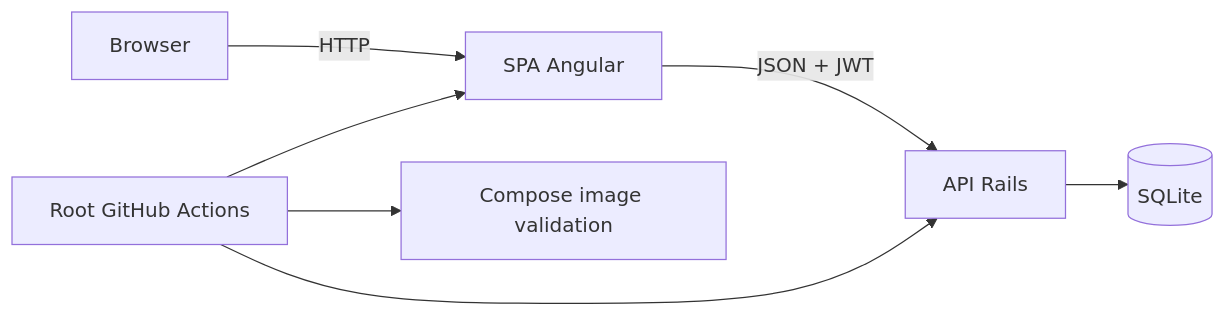
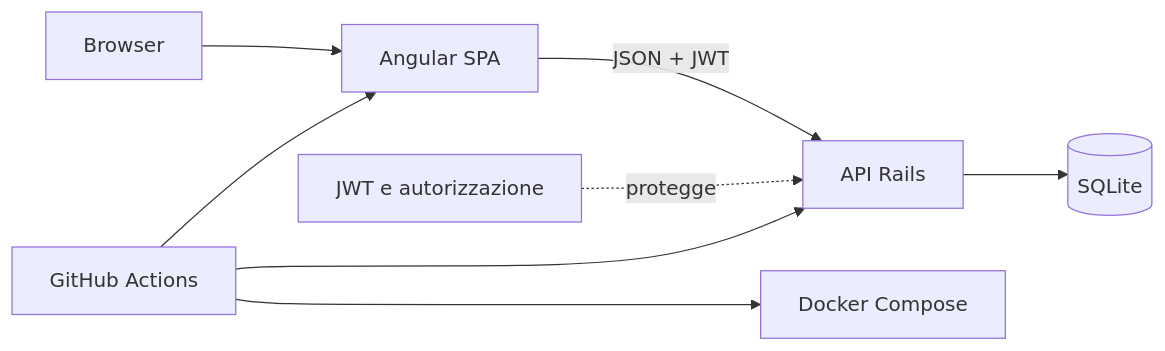
One commit to LucaPrevi0o/Prog_IngSW_Avanzata changed the diagram in docs/requirements.md. Above: the diagram before and after it, drawn with Mermaid. The commit also changed other lines of this file and 5 other files, not shown here.

````diff
--- a/docs/requirements.md
+++ b/docs/requirements.md
@@ -40,9 +40,10 @@
 ```mermaid
 flowchart LR
-  Browser -->|HTTP| Angular[SPA Angular]
+  Browser[Browser] --> Angular[Angular SPA]
   Angular -->|JSON + JWT| Rails[API Rails]
   Rails --> SQLite[(SQLite)]
-  CI[Root GitHub Actions] --> Angular
+  JWT[JWT e autorizzazione] -. protegge .-> Rails
+  CI[GitHub Actions] --> Angular
   CI --> Rails
-  CI --> Compose[Compose image validation]
+  CI ---> Compose[Docker Compose]
 ```
````
